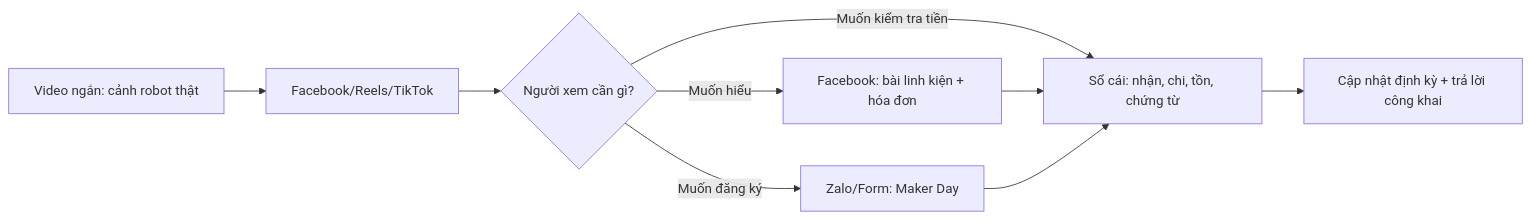
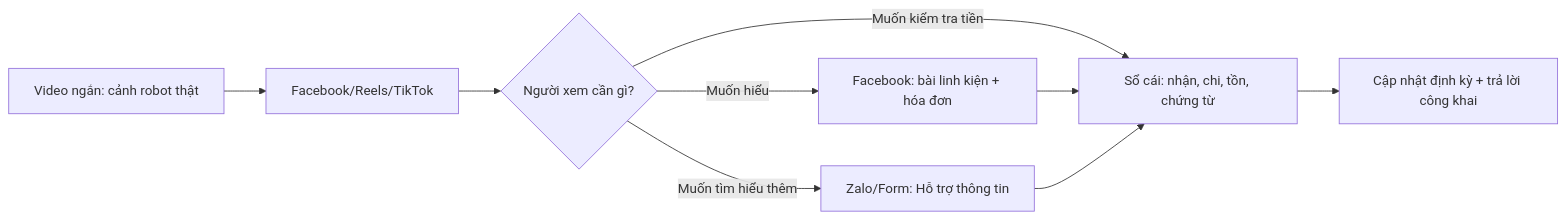
Before and after one commit to Minhmice/roboticssocson: the diagram in docs/campaign-2026-2027/research/R13-vietnam-student-content.md, drawn with Mermaid. The commit also changed other lines of this file and 367 other files, not shown here.

````diff
--- a/docs/campaign-2026-2027/research/R13-vietnam-student-content.md
+++ b/docs/campaign-2026-2027/research/R13-vietnam-student-content.md
@@ -25,11 +25,11 @@
 ```mermaid
 flowchart LR
   A[Video ngắn: cảnh robot thật] --> B[Facebook/Reels/TikTok]
   B --> C{Người xem cần gì?}
   C -->|Muốn hiểu| D[Facebook: bài linh kiện + hóa đơn]
-  C -->|Muốn đăng ký| E[Zalo/Form: Maker Day]
+  C -->|Muốn tìm hiểu thêm| E[Zalo/Form: Hỗ trợ thông tin]
   C -->|Muốn kiểm tra tiền| F[Sổ cái: nhận, chi, tồn, chứng từ]
   D --> F
   E --> F
   F --> G[Cập nhật định kỳ + trả lời công khai]
 ```
````
